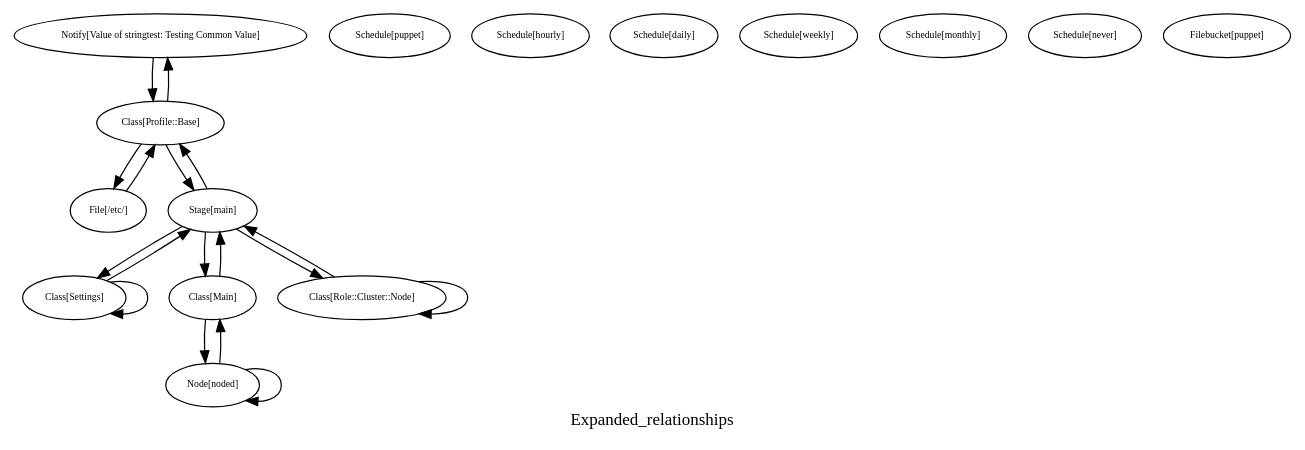
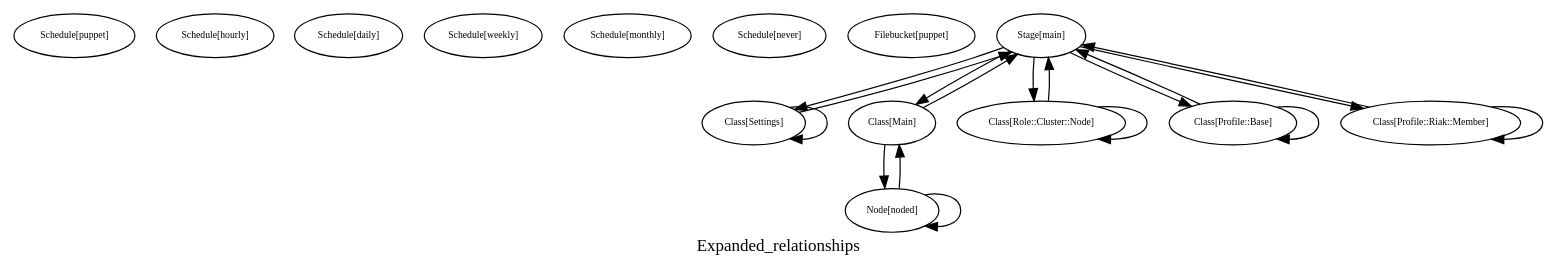
One commit to glickbot/riak-cs-puppet-vagrant changed the diagram in puppet/graphs/node3/expanded_relationships.dot. Above: the diagram before and after it, drawn with Graphviz. The commit also changed 20 other files, not shown here.

```diff
--- a/puppet/graphs/node3/expanded_relationships.dot
+++ b/puppet/graphs/node3/expanded_relationships.dot
@@ -1,176 +1,176 @@
 digraph Expanded_relationships {
     label = "Expanded_relationships"
-    "Notify[Value of stringtest: Testing Common Value]" [
-        fontsize = 8,
-        label = "Notify[Value of stringtest: Testing Common Value]"
-    ]
-
-    "File[/etc/]" [
-        fontsize = 8,
-        label = "File[/etc/]"
-    ]
-
     "Schedule[puppet]" [
         fontsize = 8,
         label = "Schedule[puppet]"
     ]
 
     "Schedule[hourly]" [
         fontsize = 8,
         label = "Schedule[hourly]"
     ]
 
     "Schedule[daily]" [
         fontsize = 8,
         label = "Schedule[daily]"
     ]
 
     "Schedule[weekly]" [
         fontsize = 8,
         label = "Schedule[weekly]"
     ]
 
     "Schedule[monthly]" [
         fontsize = 8,
         label = "Schedule[monthly]"
     ]
 
     "Schedule[never]" [
         fontsize = 8,
         label = "Schedule[never]"
     ]
 
     "Filebucket[puppet]" [
         fontsize = 8,
         label = "Filebucket[puppet]"
     ]
 
     "Stage[main]" [
         fontsize = 8,
         label = "Stage[main]"
     ]
 
     "Class[Settings]" [
         fontsize = 8,
         label = "Class[Settings]"
     ]
 
     "Class[Settings]" [
         fontsize = 8,
         label = "Class[Settings]"
     ]
 
     "Stage[main]" [
         fontsize = 8,
         label = "Stage[main]"
     ]
 
     "Class[Main]" [
         fontsize = 8,
         label = "Class[Main]"
     ]
 
     "Class[Main]" [
         fontsize = 8,
         label = "Class[Main]"
     ]
 
     "Class[Role::Cluster::Node]" [
         fontsize = 8,
         label = "Class[Role::Cluster::Node]"
     ]
 
     "Class[Role::Cluster::Node]" [
         fontsize = 8,
         label = "Class[Role::Cluster::Node]"
     ]
 
     "Class[Profile::Base]" [
         fontsize = 8,
         label = "Class[Profile::Base]"
     ]
 
     "Class[Profile::Base]" [
         fontsize = 8,
         label = "Class[Profile::Base]"
     ]
 
+    "Class[Profile::Riak::Member]" [
+        fontsize = 8,
+        label = "Class[Profile::Riak::Member]"
+    ]
+
+    "Class[Profile::Riak::Member]" [
+        fontsize = 8,
+        label = "Class[Profile::Riak::Member]"
+    ]
+
     "Node[noded]" [
         fontsize = 8,
         label = "Node[noded]"
     ]
 
     "Node[noded]" [
         fontsize = 8,
         label = "Node[noded]"
-    ]
-
-    "Class[Profile::Base]" -> "Notify[Value of stringtest: Testing Common Value]" [
-        fontsize = 8
-    ]
-
-    "Class[Profile::Base]" -> "File[/etc/]" [
-        fontsize = 8
     ]
 
     "Stage[main]" -> "Class[Settings]" [
         fontsize = 8
     ]
 
     "Class[Settings]" -> "Class[Settings]" [
         fontsize = 8
     ]
 
     "Class[Settings]" -> "Stage[main]" [
         fontsize = 8
     ]
 
     "Class[Main]" -> "Stage[main]" [
         fontsize = 8
     ]
 
     "Class[Role::Cluster::Node]" -> "Stage[main]" [
         fontsize = 8
     ]
 
     "Class[Profile::Base]" -> "Stage[main]" [
         fontsize = 8
     ]
 
+    "Class[Profile::Riak::Member]" -> "Stage[main]" [
+        fontsize = 8
+    ]
+
     "Stage[main]" -> "Class[Main]" [
         fontsize = 8
     ]
 
     "Node[noded]" -> "Class[Main]" [
         fontsize = 8
     ]
 
     "Stage[main]" -> "Class[Role::Cluster::Node]" [
         fontsize = 8
     ]
 
     "Class[Role::Cluster::Node]" -> "Class[Role::Cluster::Node]" [
         fontsize = 8
     ]
 
     "Stage[main]" -> "Class[Profile::Base]" [
         fontsize = 8
     ]
 
-    "Notify[Value of stringtest: Testing Common Value]" -> "Class[Profile::Base]" [
+    "Class[Profile::Base]" -> "Class[Profile::Base]" [
         fontsize = 8
     ]
 
-    "File[/etc/]" -> "Class[Profile::Base]" [
+    "Stage[main]" -> "Class[Profile::Riak::Member]" [
+        fontsize = 8
+    ]
+
+    "Class[Profile::Riak::Member]" -> "Class[Profile::Riak::Member]" [
         fontsize = 8
     ]
 
     "Class[Main]" -> "Node[noded]" [
         fontsize = 8
     ]
 
     "Node[noded]" -> "Node[noded]" [
         fontsize = 8
     ]
 
 }
```
